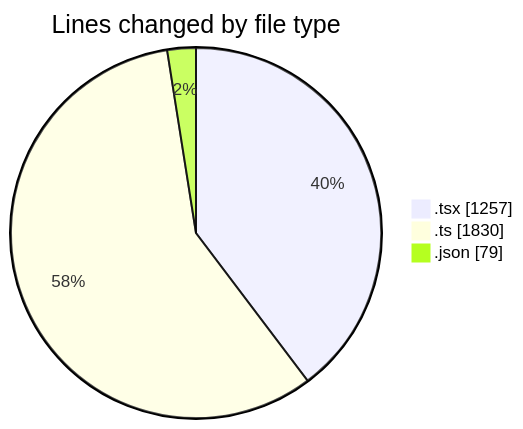
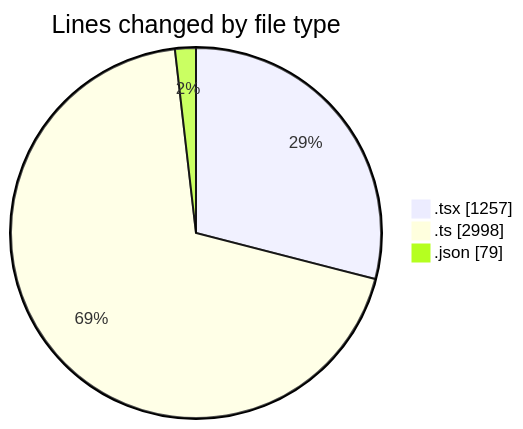
The first of 2 diagrams in 2026-05-03/nxtqube_webapp/README.md (nxtqubesakshisongat/code-tracking), drawn with Mermaid before and after one commit. The commit also changed other lines of this file and 1 other file, not shown here.

````diff
--- a/2026-05-03/nxtqube_webapp/README.md
+++ b/2026-05-03/nxtqube_webapp/README.md
@@ -23,7 +23,7 @@
 ```mermaid
 pie showData
 title Lines changed by file type
 ".tsx" : 1257
-".ts" : 1830
+".ts" : 2998
 ".json" : 79
 ```
````
